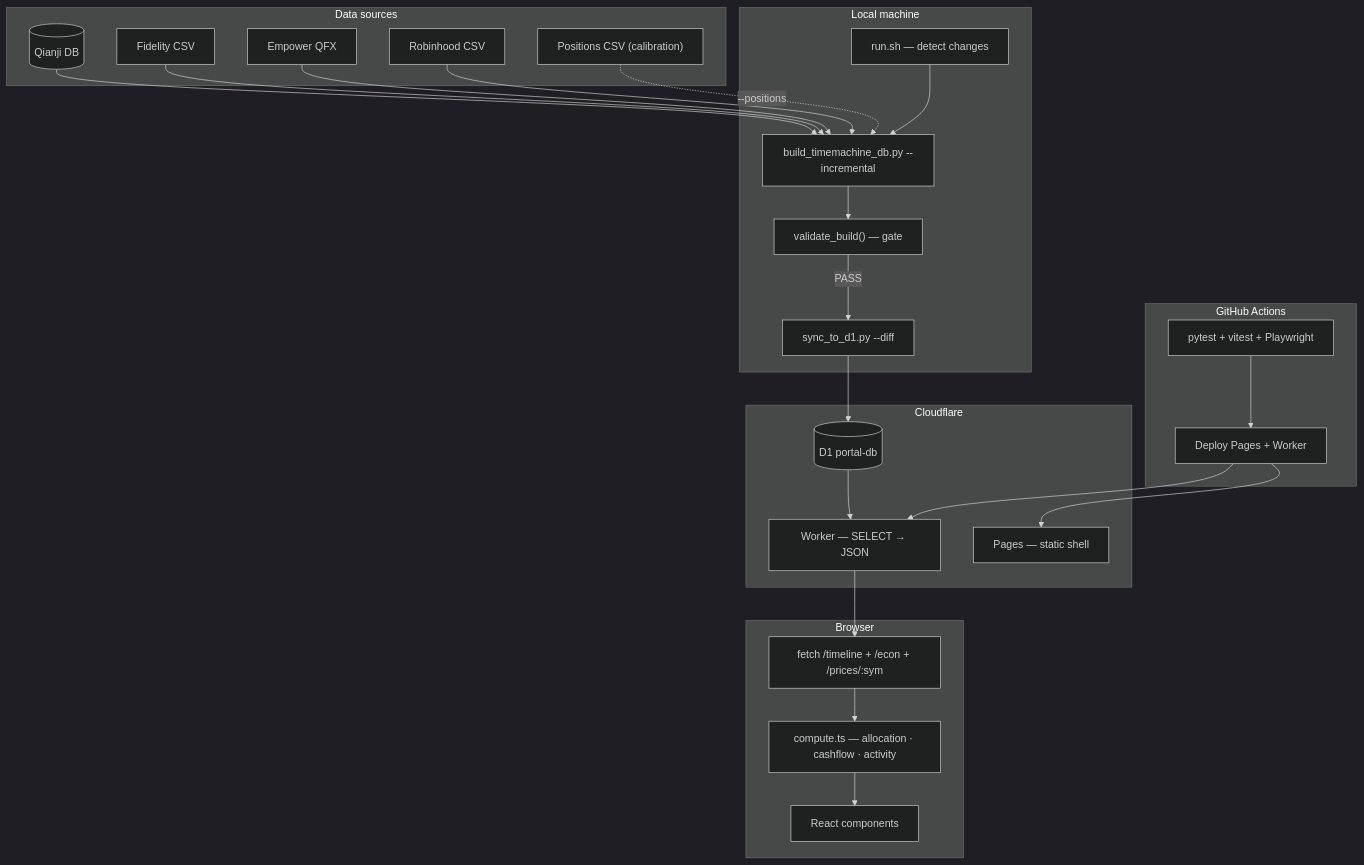
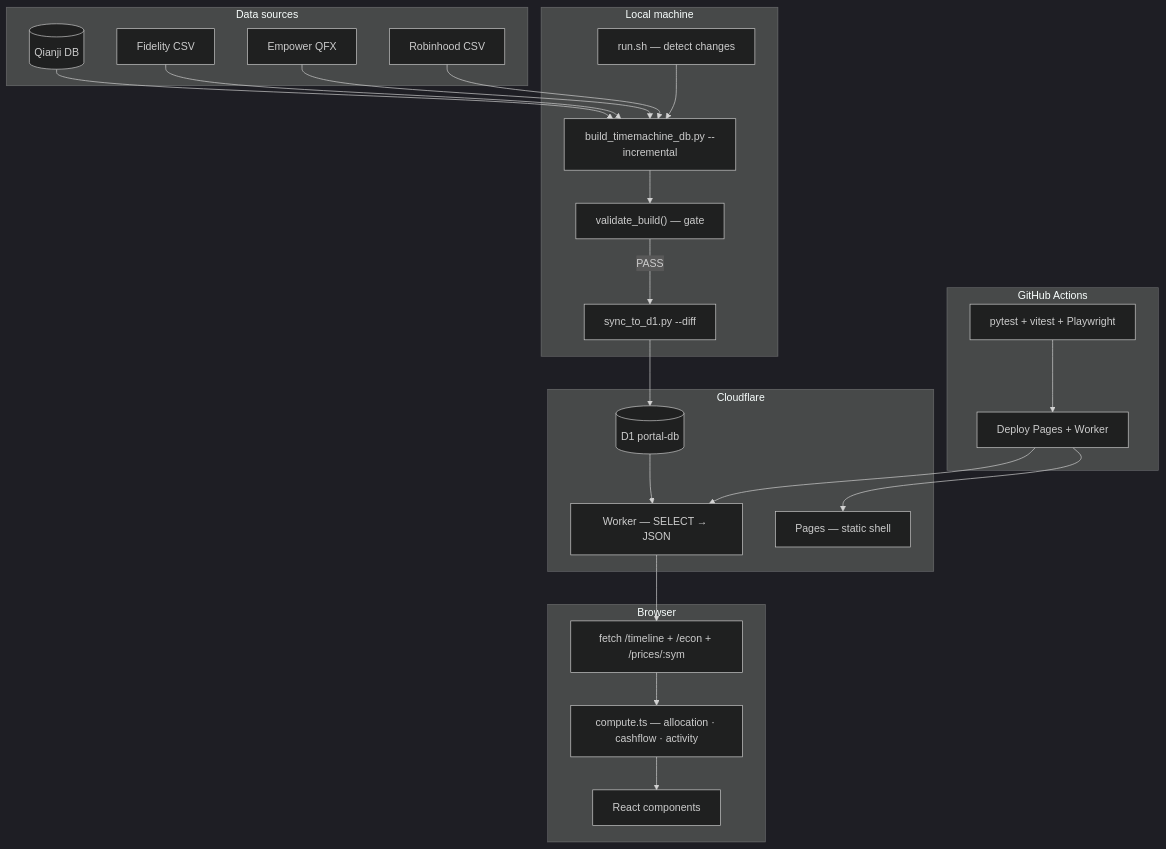
Before and after one commit to Guoyuer/portal: the diagram in docs/ARCHITECTURE.md, drawn with Mermaid (dark theme). The commit also changed other lines of this file and 4 other files, not shown here.

````diff
--- a/docs/ARCHITECTURE.md
+++ b/docs/ARCHITECTURE.md
@@ -7,41 +7,39 @@
 ```mermaid
 graph TB
     subgraph Local["Local machine"]
         DETECT["run.sh — detect changes"]
         BUILD["build_timemachine_db.py --incremental"]
         VALIDATE["validate_build() — gate"]
         DIFF["sync_to_d1.py --diff"]
     end
 
     subgraph Sources["Data sources"]
         QJ[(Qianji DB)]
         FID[Fidelity CSV]
         QFX[Empower QFX]
         RH[Robinhood CSV]
-        POS["Positions CSV (calibration)"]
     end
 
     subgraph Cloud["Cloudflare"]
         D1[(D1 portal-db)]
         WORKER["Worker — SELECT → JSON"]
         PAGES["Pages — static shell"]
     end
 
     subgraph Frontend["Browser"]
         FETCH["fetch /timeline + /econ + /prices/:sym"]
         COMPUTE["compute.ts — allocation · cashflow · activity"]
         UI["React components"]
     end
 
     subgraph CI["GitHub Actions"]
         TEST["pytest + vitest + Playwright"]
         DEPLOY["Deploy Pages + Worker"]
     end
 
     QJ & FID & QFX & RH --> BUILD
-    POS -.->|"--positions"| BUILD
     DETECT --> BUILD --> VALIDATE
     VALIDATE -->|PASS| DIFF --> D1
     D1 --> WORKER --> FETCH --> COMPUTE --> UI
     TEST --> DEPLOY --> PAGES & WORKER
 ```
````
